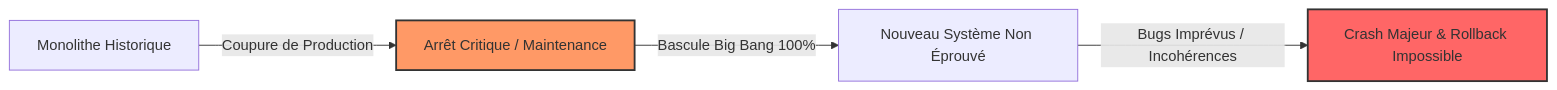
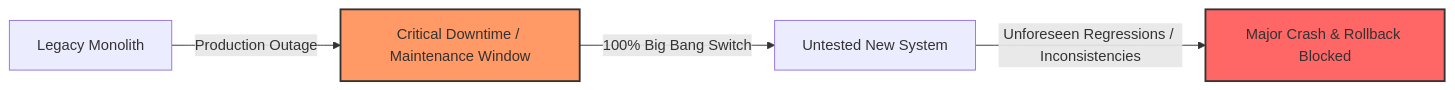
One commit to abdochiguer/Monolith-to-Microservices-Migration changed the first of 9 diagrams in README.md. Above: the diagram before and after it, drawn with Mermaid. The commit also changed other lines of this file, not shown here.

````diff
--- a/README.md
+++ b/README.md
@@ -64,9 +62,9 @@
 ```mermaid
 flowchart LR
-    A[Monolithe Historique] -->|Coupure de Production| B[Arrêt Critique / Maintenance]
-    B -->|Bascule Big Bang 100%| C[Nouveau Système Non Éprouvé]
-    C -->|Bugs Imprévus / Incohérences| D[Crash Majeur & Rollback Impossible]
+    A[Legacy Monolith] -->|Production Outage| B[Critical Downtime / Maintenance Window]
+    B -->|100% Big Bang Switch| C[Untested New System]
+    C -->|Unforeseen Regressions / Inconsistencies| D[Major Crash & Rollback Blocked]
     
     style B fill:#f96,stroke:#333,stroke-width:2px
     style D fill:#f66,stroke:#333,stroke-width:2px
 ```
````
